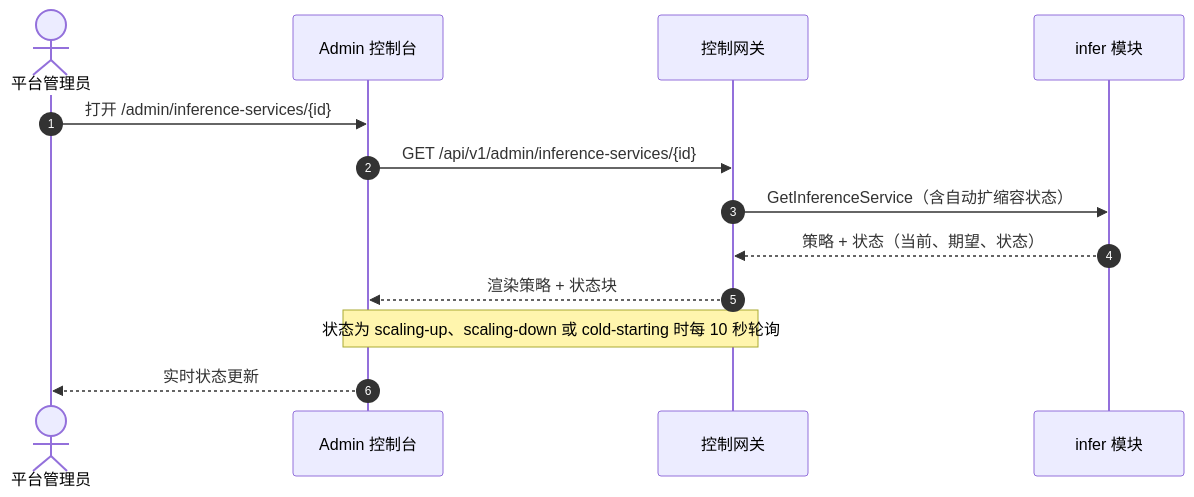
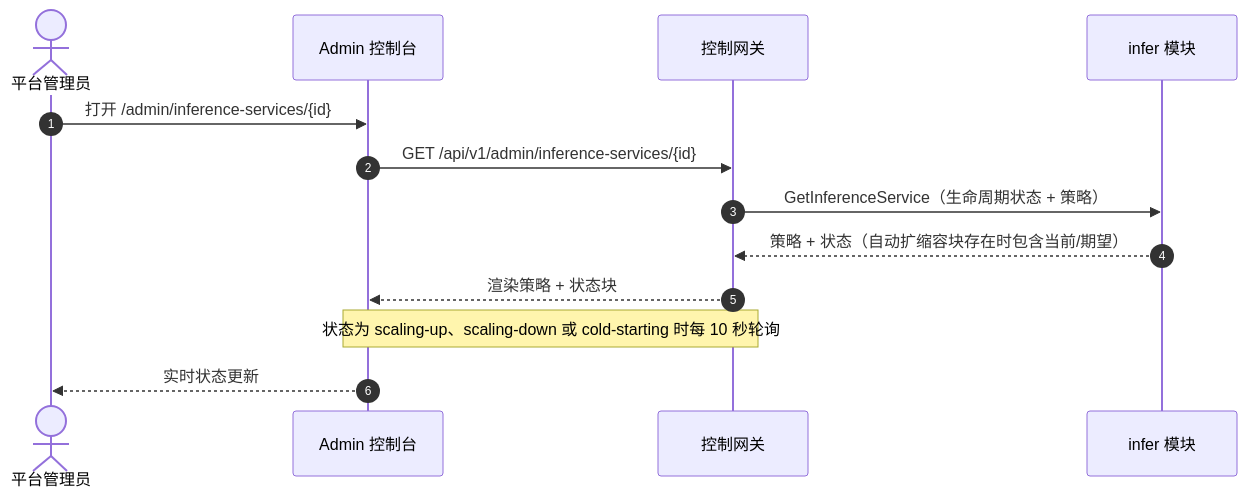
Before and after one commit to go-taas/go-taas: the fifth of 5 diagrams in site/docs/architecture/inference-autoscaling.zh-cn.md, drawn with Mermaid. The commit also changed other lines of this file and 41 other files, not shown here.

````diff
--- a/site/docs/architecture/inference-autoscaling.zh-cn.md
+++ b/site/docs/architecture/inference-autoscaling.zh-cn.md
@@ -578,16 +565,16 @@
 ```mermaid
 sequenceDiagram
     autonumber
     actor Admin as 平台管理员
     participant UI as Admin 控制台
     participant CGW as 控制网关
     participant Infer as infer 模块
 
     Admin->>UI: 打开 /admin/inference-services/{id}
     UI->>CGW: GET /api/v1/admin/inference-services/{id}
-    CGW->>Infer: GetInferenceService（含自动扩缩容状态）
-    Infer-->>CGW: 策略 + 状态（当前、期望、状态）
+    CGW->>Infer: GetInferenceService（生命周期状态 + 策略）
+    Infer-->>CGW: 策略 + 状态（自动扩缩容块存在时包含当前/期望）
     CGW-->>UI: 渲染策略 + 状态块
     Note over UI,CGW: 状态为 scaling-up、scaling-down 或 cold-starting 时每 10 秒轮询
     UI-->>Admin: 实时状态更新
 ```
````
